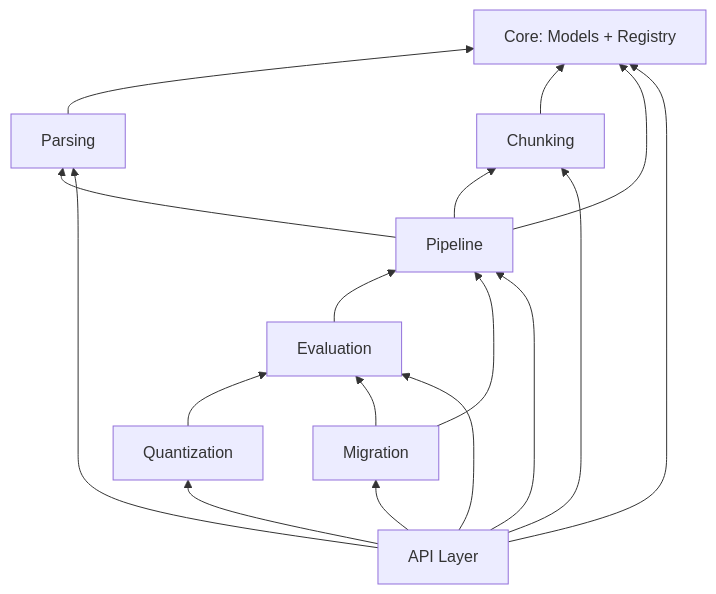
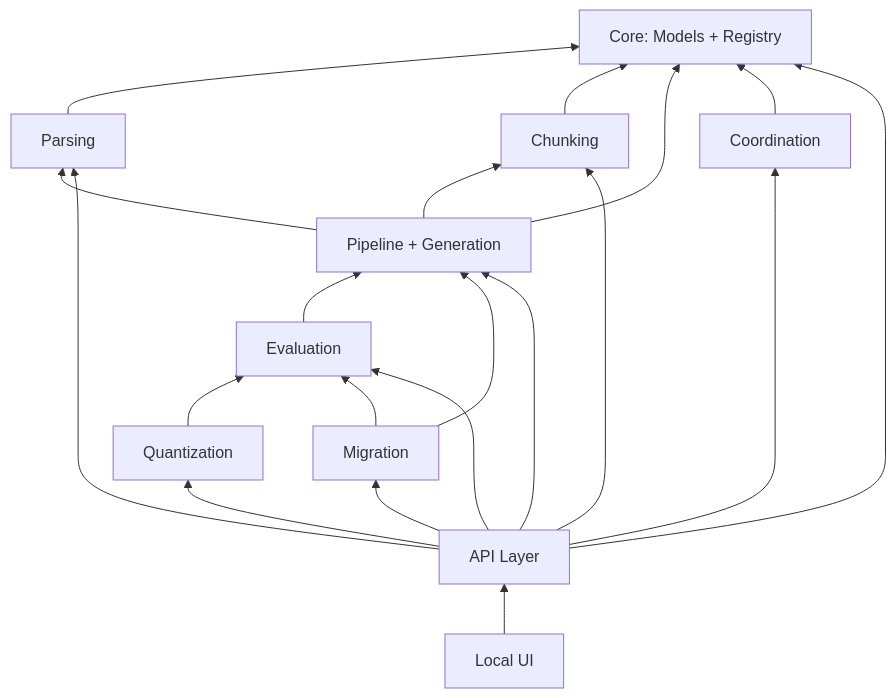
Before and after one commit to samsuljahith/RagForge: the third of 3 diagrams in website/docs/core-concepts/architecture.md, drawn with Mermaid. The commit also changed other lines of this file and 16 other files, not shown here.

````diff
--- a/website/docs/core-concepts/architecture.md
+++ b/website/docs/core-concepts/architecture.md
@@ -108,20 +114,23 @@
 ```mermaid
 graph BT
     CORE[Core: Models + Registry]
     PARSE[Parsing] --> CORE
     CHUNK[Chunking] --> CORE
-    PIPE[Pipeline] --> CORE
+    PIPE[Pipeline + Generation] --> CORE
     PIPE --> PARSE
     PIPE --> CHUNK
     EVAL[Evaluation] --> PIPE
     QUANT[Quantization] --> EVAL
     MIG[Migration] --> EVAL
     MIG --> PIPE
+    COORD[Coordination] --> CORE
+    UI[Local UI] --> API
     API[API Layer] --> CORE
     API --> PARSE
     API --> CHUNK
     API --> PIPE
     API --> EVAL
     API --> QUANT
     API --> MIG
+    API --> COORD
 ```
````
